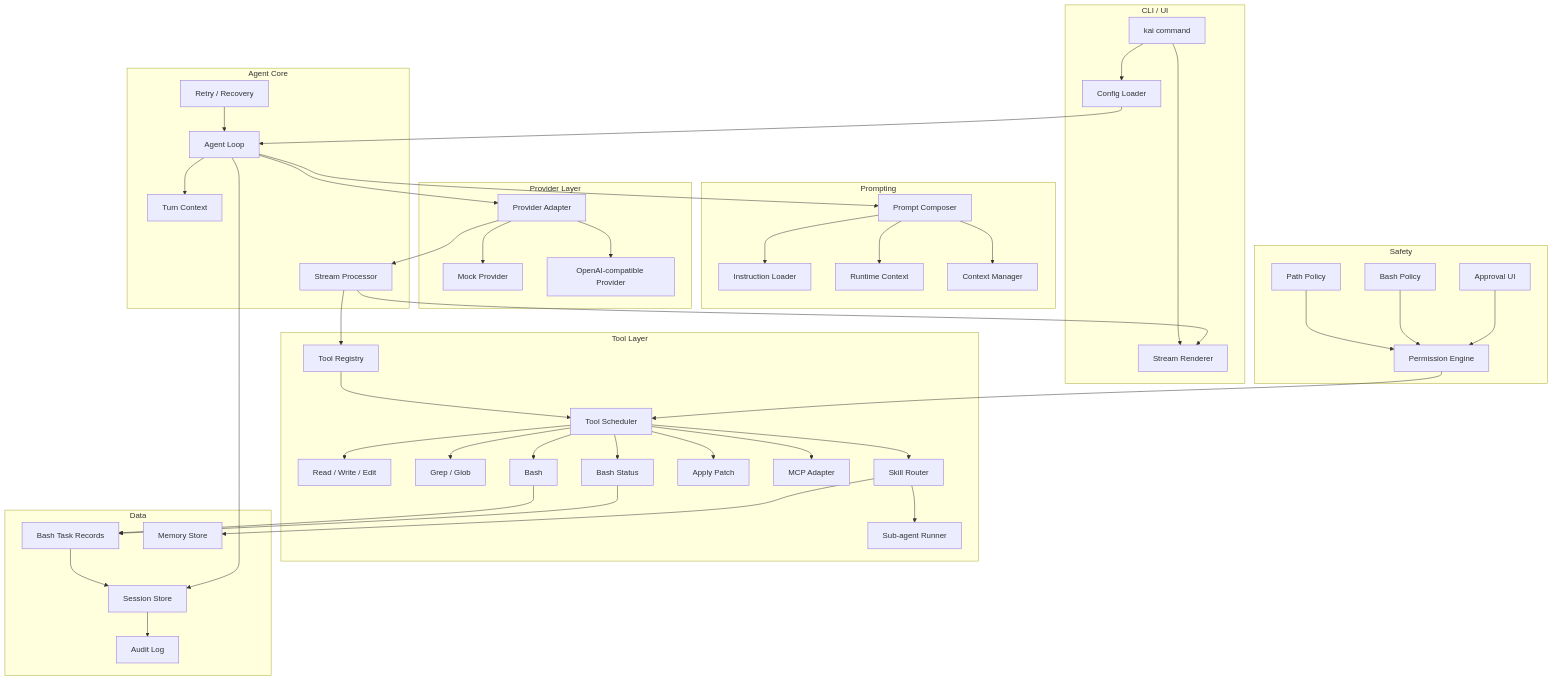
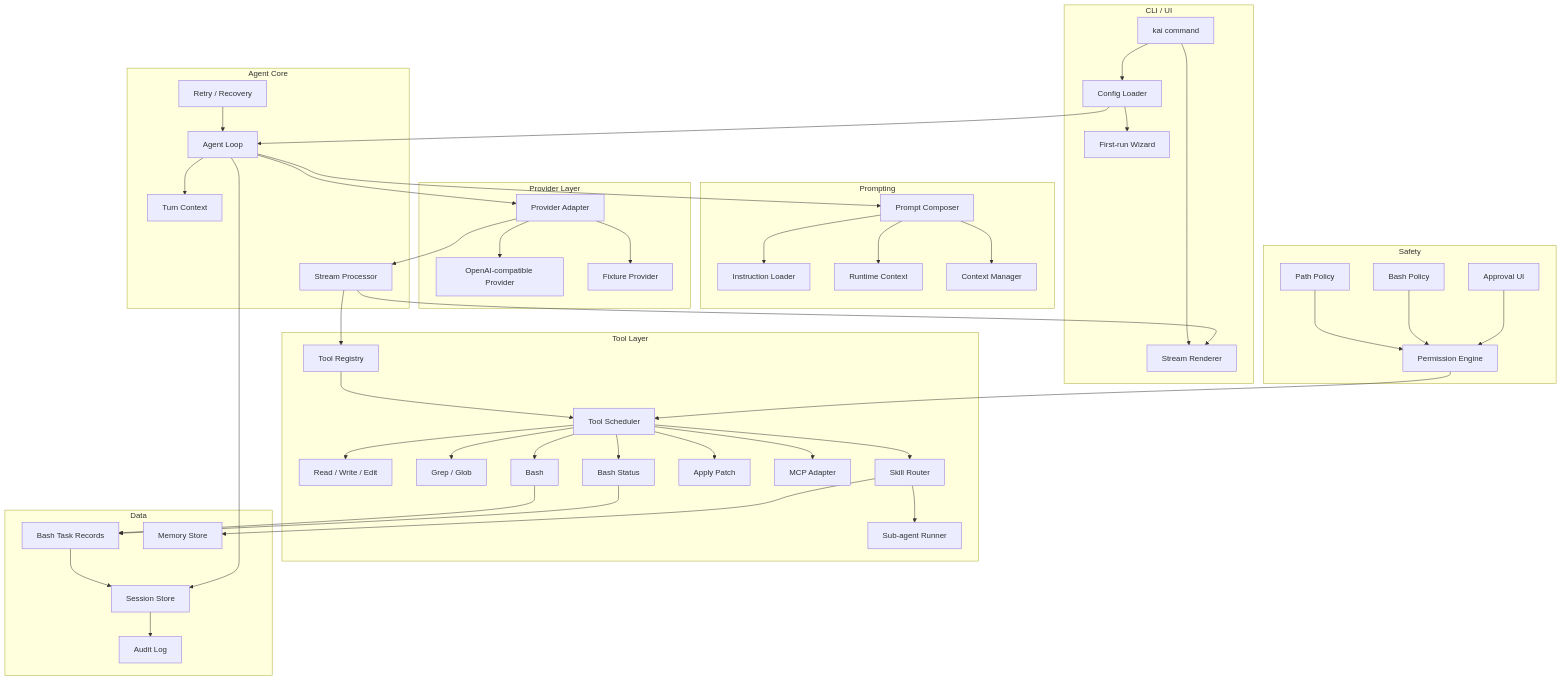
The diagram in code-agent-roadmap/architecture/final-architecture.md (1330482928/kai-code-agent), drawn with Mermaid before and after one commit. The commit also changed other lines of this file and 40 other files, not shown here.

Commit message:
feat(cli): add first-run setup, TUI workflow, and OpenAI streaming provider

```diff
--- a/code-agent-roadmap/architecture/final-architecture.md
+++ b/code-agent-roadmap/architecture/final-architecture.md
@@ -10,6 +10,7 @@
     Entry["kai command"]
     Render["Stream Renderer"]
     Config["Config Loader"]
+    FirstRun["First-run Wizard"]
   end
 
   subgraph Core["Agent Core"]
@@ -28,8 +29,8 @@
 
   subgraph Provider["Provider Layer"]
     Adapter["Provider Adapter"]
-    Mock["Mock Provider"]
     OpenAICompat["OpenAI-compatible Provider"]
+    Fixture["Fixture Provider"]
   end
 
   subgraph Tools["Tool Layer"]
@@ -59,7 +60,9 @@
     Audit["Audit Log"]
   end
 
-  Entry --> Config --> Loop
+  Entry --> Config
+  Config --> FirstRun
+  Config --> Loop
   Entry --> Render
   Loop --> Turn
   Loop --> Composer
@@ -67,8 +70,8 @@
   Composer --> RuntimeCtx
   Composer --> CtxMgr
   Loop --> Adapter
-  Adapter --> Mock
   Adapter --> OpenAICompat
+  Adapter --> Fixture
   Adapter --> Stream
   Stream --> Render
   Stream --> Registry
```
